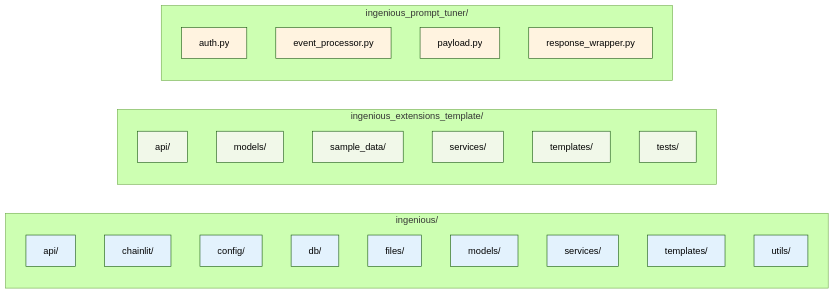
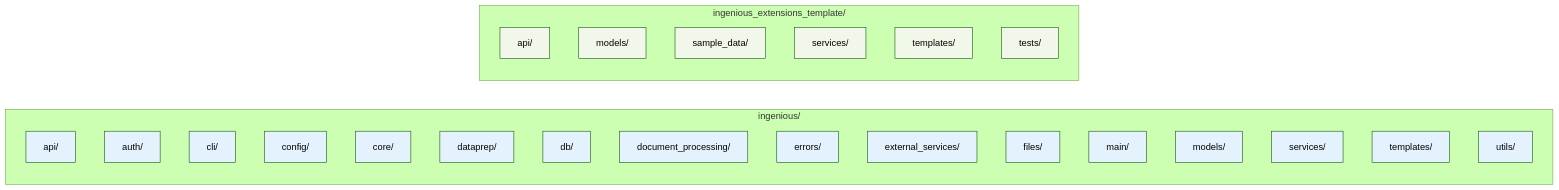
Before and after one commit to the-ingenious-dark-knight/Insight_Ingenious: the third of 11 diagrams in docs/development/README.md, drawn with Mermaid (forest theme). The commit also changed other lines of this file and 17 other files, not shown here.

````diff
--- a/docs/development/README.md
+++ b/docs/development/README.md
@@ -117,38 +120,37 @@
 ```mermaid
 graph LR
     subgraph "ingenious/"
         CORE_API[ api/]
-        CORE_CHAINLIT[ chainlit/]
+        CORE_AUTH[ auth/]
+        CORE_CLI[ cli/]
         CORE_CONFIG[ config/]
+        CORE_CORE[ core/]
+        CORE_DATAPREP[ dataprep/]
         CORE_DB[ db/]
+        CORE_DOCPROC[ document_processing/]
+        CORE_ERRORS[ errors/]
+        CORE_EXTSERV[ external_services/]
         CORE_FILES[ files/]
+        CORE_MAIN[ main/]
         CORE_MODELS[ models/]
         CORE_SERVICES[ services/]
         CORE_TEMPLATES[ templates/]
         CORE_UTILS[ utils/]
     end
 
     subgraph "ingenious_extensions_template/"
         EXT_API[api/]
         EXT_MODELS[models/]
         EXT_SAMPLE[ sample_data/]
         EXT_SERVICES[services/]
         EXT_TEMPLATES[ templates/]
         EXT_TESTS[ tests/]
     end
 
-    subgraph "ingenious_prompt_tuner/"
-        TUNER_AUTH[ auth.py]
-        TUNER_PROCESSOR[ event_processor.py]
-        TUNER_PAYLOAD[ payload.py]
-        TUNER_WRAPPER[response_wrapper.py]
-    end
 
     classDef core fill:#e3f2fd
     classDef extensions fill:#f1f8e9
-    classDef tuner fill:#fff3e0
 
-    class CORE_API,CORE_CHAINLIT,CORE_CONFIG,CORE_DB,CORE_FILES,CORE_MODELS,CORE_SERVICES,CORE_TEMPLATES,CORE_UTILS core
+    class CORE_API,CORE_AUTH,CORE_CLI,CORE_CONFIG,CORE_CORE,CORE_DATAPREP,CORE_DB,CORE_DOCPROC,CORE_ERRORS,CORE_EXTSERV,CORE_FILES,CORE_MAIN,CORE_MODELS,CORE_SERVICES,CORE_TEMPLATES,CORE_UTILS core
     class EXT_API,EXT_MODELS,EXT_SAMPLE,EXT_SERVICES,EXT_TEMPLATES,EXT_TESTS extensions
-    class TUNER_AUTH,TUNER_PROCESSOR,TUNER_PAYLOAD,TUNER_WRAPPER tuner
 ```
````
